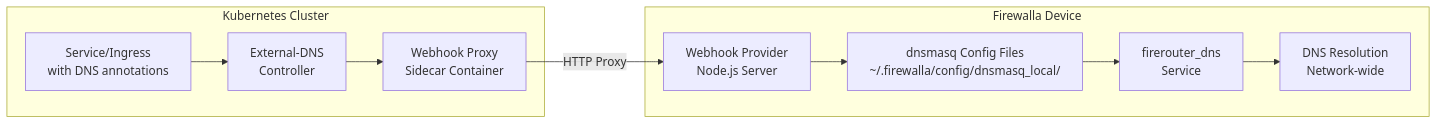
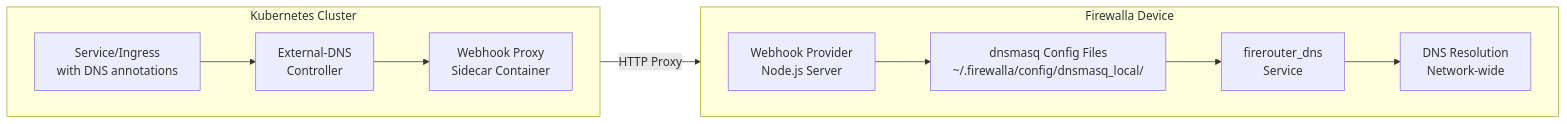
The diagram in README.md (TheOutdoorProgrammer/external-dns-firewalla-webhook), drawn with Mermaid before and after one commit.

````diff
--- a/README.md
+++ b/README.md
@@ -14,15 +14,17 @@
 ```mermaid
-graph LR
-    subgraph "Kubernetes Cluster"
-        A[Service/Ingress<br/>with DNS annotations] --> B[External-DNS<br/>Controller]
-        B --> C[Webhook Proxy<br/>Sidecar Container]
+flowchart LR
+    subgraph K ["Kubernetes Cluster"]
+    direction LR
+        A["Service/Ingress<br/>with DNS annotations"] --> B["External-DNS<br/>Controller"]
+        B --> C["Webhook Proxy<br/>Sidecar Container"]
     end
 
-    subgraph "Firewalla Device"
-        D[Webhook Provider<br/>Node.js Server] --> E[dnsmasq Config Files<br/>~/.firewalla/config/dnsmasq_local/]
-        E --> F[firerouter_dns<br/>Service]
-        F --> G[DNS Resolution<br/>Network-wide]
+    subgraph F ["Firewalla Device"]
+    direction LR
+        D["Webhook Provider<br/>Node.js Server"] --> E["dnsmasq Config Files<br/>~/.firewalla/config/dnsmasq_local/"]
+        E --> L["firerouter_dns<br/>Service"]
+        L --> G["DNS Resolution<br/>Network-wide"]
     end
 
-    C -->|HTTP Proxy| D
+    C -->|"HTTP Proxy"| D
 ```
````
